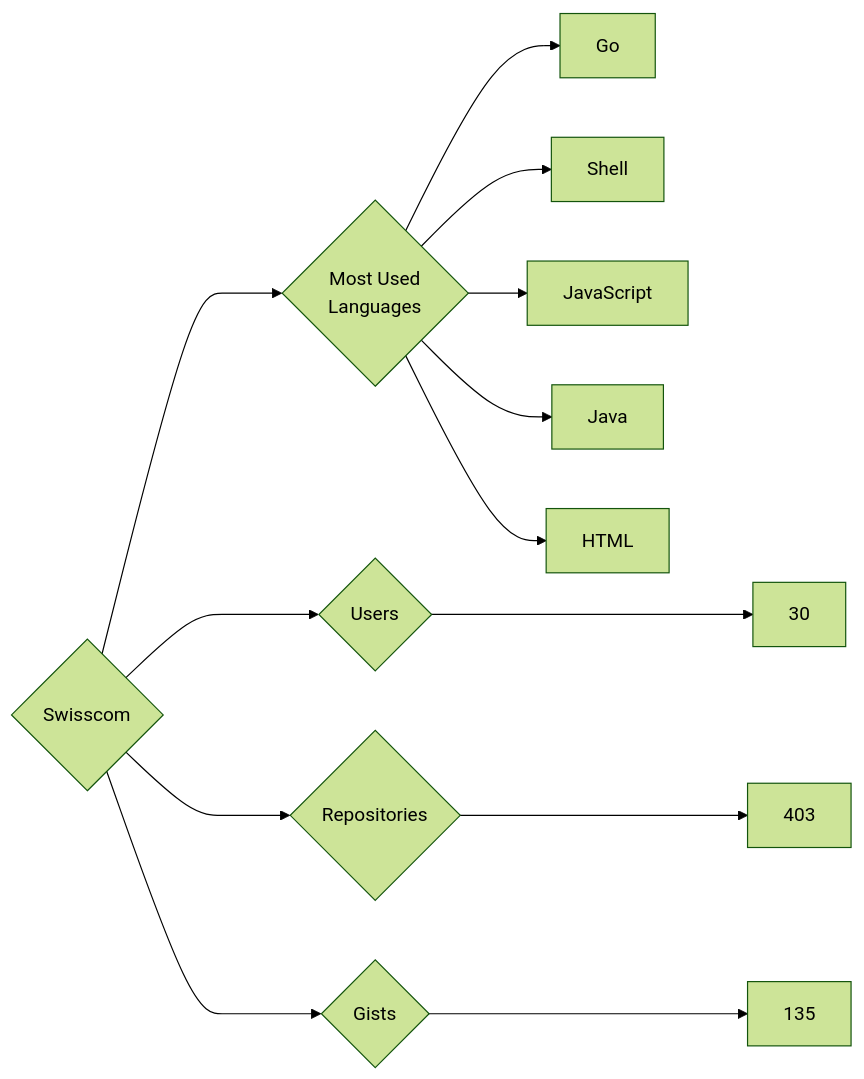
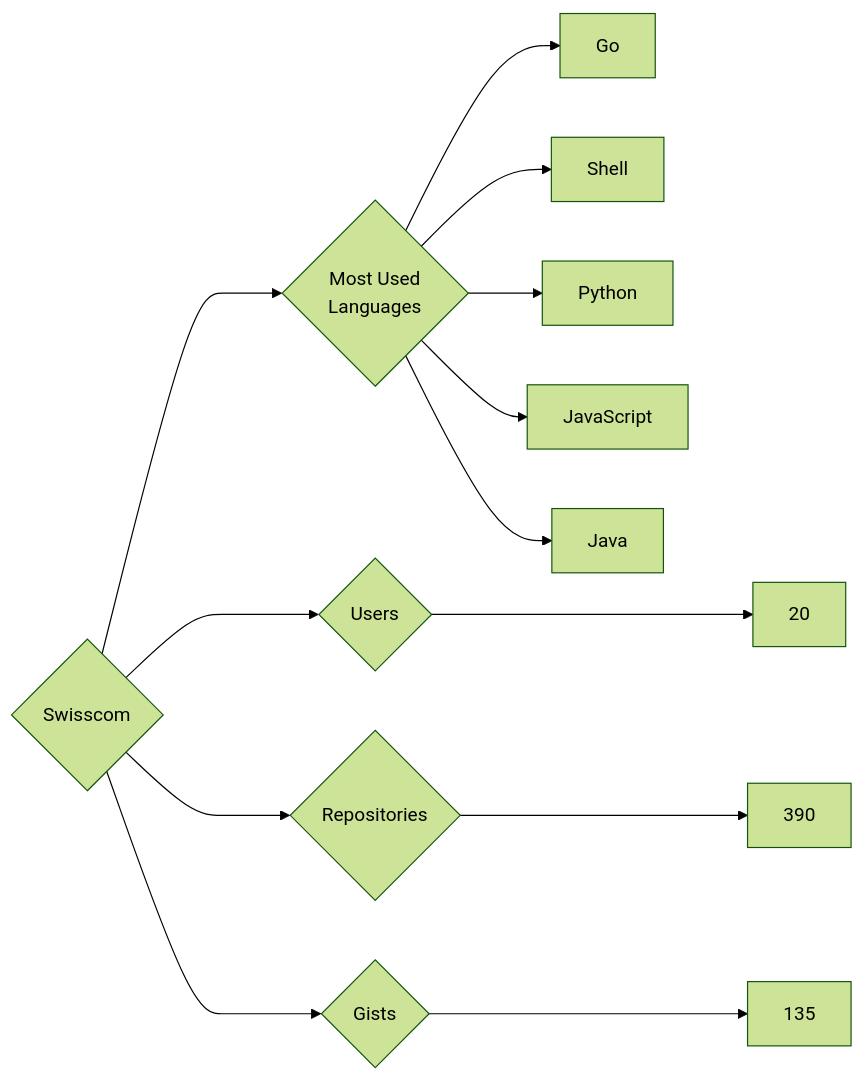
One commit to trickest/insiders changed the diagram in targets/Swisscom/README.md. Above: the diagram before and after it, drawn with Mermaid (forest theme). The commit also changed 814 other files, not shown here.

````diff
--- a/targets/Swisscom/README.md
+++ b/targets/Swisscom/README.md
@@ -3,13 +3,13 @@
 ```mermaid
 graph LR
 COMPANY_NAME{Swisscom}
-COMPANY_NAME ---> U{Users} ---> UN[30]
-COMPANY_NAME ---> R{Repositories} ---> RN[403]
+COMPANY_NAME ---> U{Users} ---> UN[20]
+COMPANY_NAME ---> R{Repositories} ---> RN[390]
 COMPANY_NAME ---> G{Gists} ---> GN[135]
 COMPANY_NAME ---> ML{Most Used<br>Languages}
 ML --> Go[Go]
 ML --> Shell[Shell]
+ML --> Python[Python]
 ML --> JavaScript[JavaScript]
 ML --> Java[Java]
-ML --> HTML[HTML]
 ```
````
